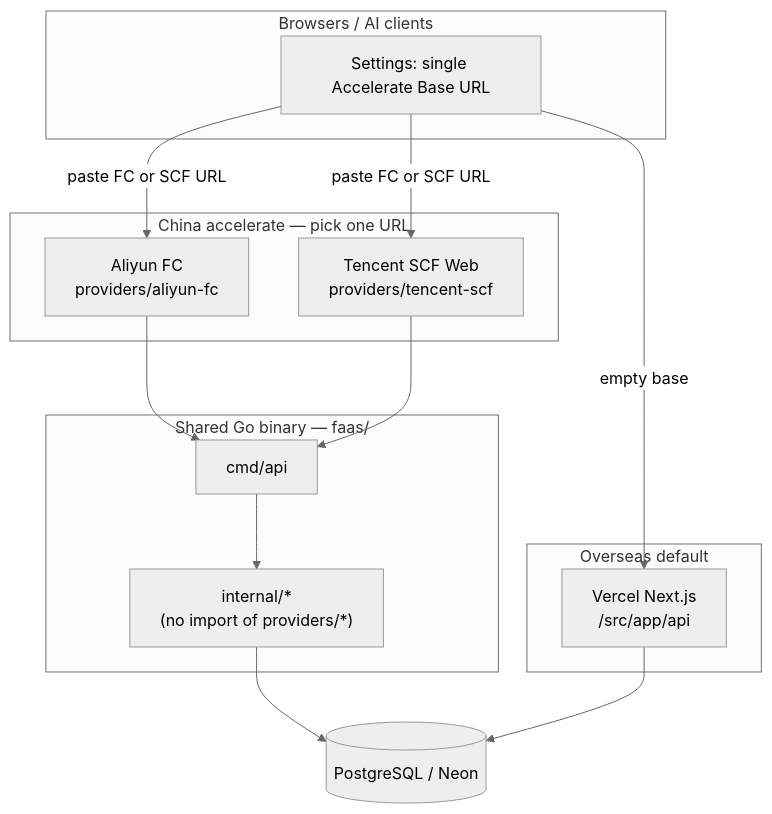
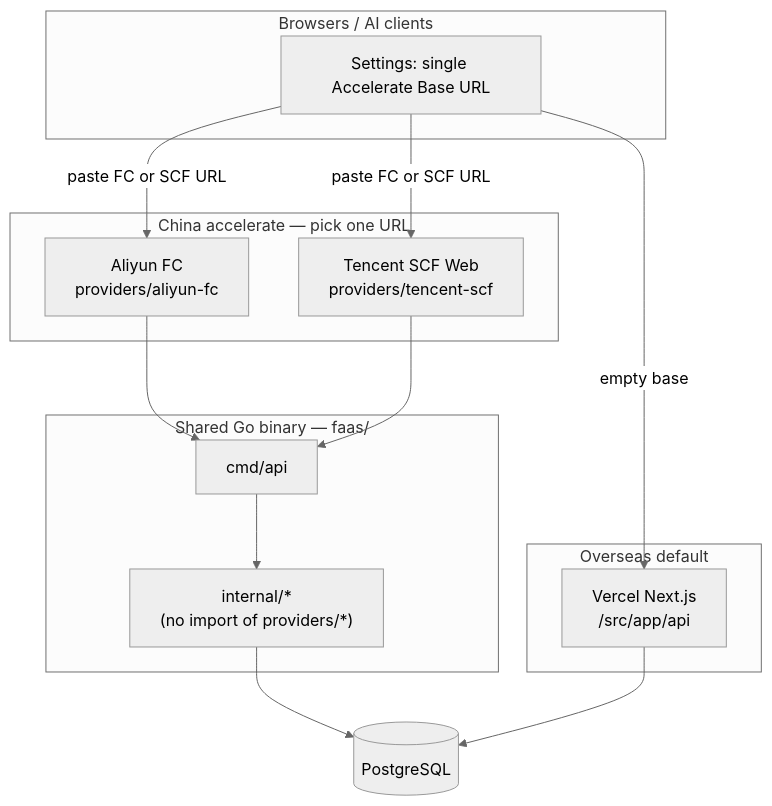
The first of 2 diagrams in docs/20260802-faas-multi-cloud.md (madokast/DigitalTwin2026), drawn with Mermaid (neutral theme) before and after one commit. The commit also changed other lines of this file, not shown here.

Commit message:
docs: faas-multi-cloud shared DB as standard PostgreSQL on any instance

````diff
--- a/docs/20260802-faas-multi-cloud.md
+++ b/docs/20260802-faas-multi-cloud.md
@@ -48,31 +48,31 @@
 ```mermaid
 flowchart TB
   subgraph Clients["Browsers / AI clients"]
     UI["Settings: single Accelerate Base URL"]
   end
 
   subgraph Overseas["Overseas default"]
     Vercel["Vercel Next.js\n/src/app/api"]
   end
 
   subgraph China["China accelerate — pick one URL"]
     FC["Aliyun FC\nproviders/aliyun-fc"]
     SCF["Tencent SCF Web\nproviders/tencent-scf"]
   end
 
   subgraph Shared["Shared Go binary — faas/"]
     CMD["cmd/api"]
     INT["internal/*\n(no import of providers/*)"]
   end
 
-  DB[(PostgreSQL / Neon)]
+  DB[(PostgreSQL)]
 
   UI -->|"empty base"| Vercel
   UI -->|"paste FC or SCF URL"| FC
   UI -->|"paste FC or SCF URL"| SCF
   FC --> CMD
   SCF --> CMD
   CMD --> INT
   INT --> DB
   Vercel --> DB
 ```
````
